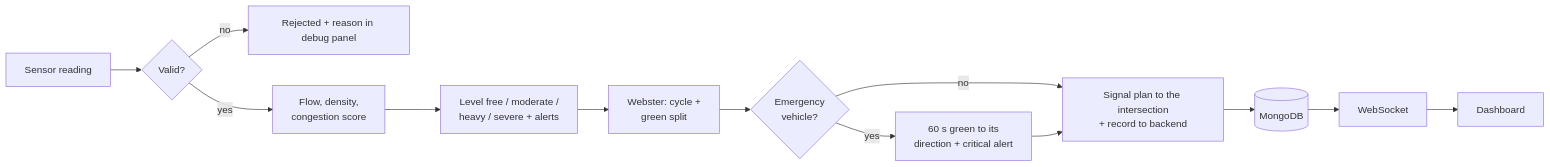
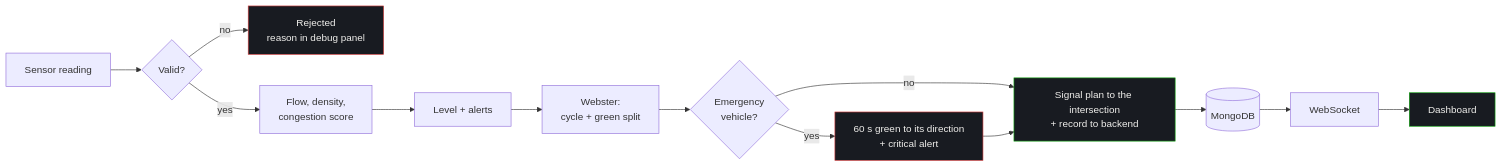
One commit to AnassLAMAALAM/FlowSense changed the second of 2 diagrams in README.md. Above: the diagram before and after it, drawn with Mermaid. The commit also changed other lines of this file, not shown here.

````diff
--- a/README.md
+++ b/README.md
@@ -83,13 +114,18 @@
 ```mermaid
 flowchart LR
     A[Sensor reading] --> V{Valid?}
-    V -- no --> R[Rejected + reason in debug panel]
+    V -- no --> R[Rejected<br/>reason in debug panel]
     V -- yes --> P[Flow, density,<br/>congestion score]
-    P --> C[Level free / moderate /<br/>heavy / severe + alerts]
-    C --> G[Webster: cycle +<br/>green split]
+    P --> C[Level + alerts]
+    C --> G[Webster:<br/>cycle + green split]
     G --> E{Emergency<br/>vehicle?}
-    E -- yes --> EP[60 s green to its<br/>direction + critical alert]
+    E -- yes --> EP[60 s green to its direction<br/>+ critical alert]
     E -- no --> OUT
     EP --> OUT[Signal plan to the intersection<br/>+ record to backend]
     OUT --> DB[(MongoDB)] --> WS[WebSocket] --> UI[Dashboard]
+
+    classDef bad fill:#181b21,stroke:#d03b3b,color:#f0efec
+    classDef good fill:#181b21,stroke:#0ca30c,color:#f0efec
+    class R,EP bad
+    class OUT,UI good
 ```
````
